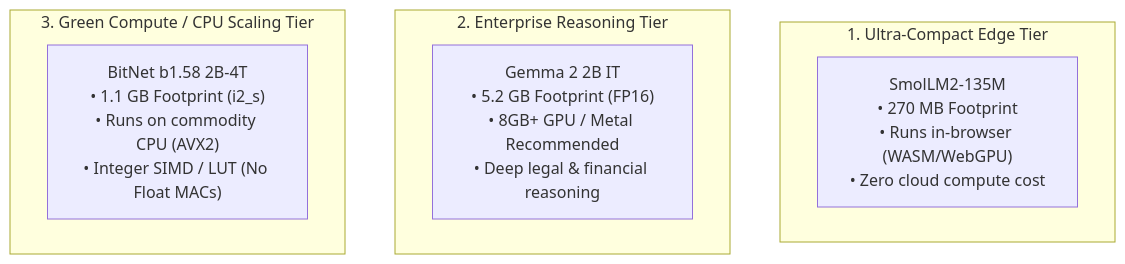
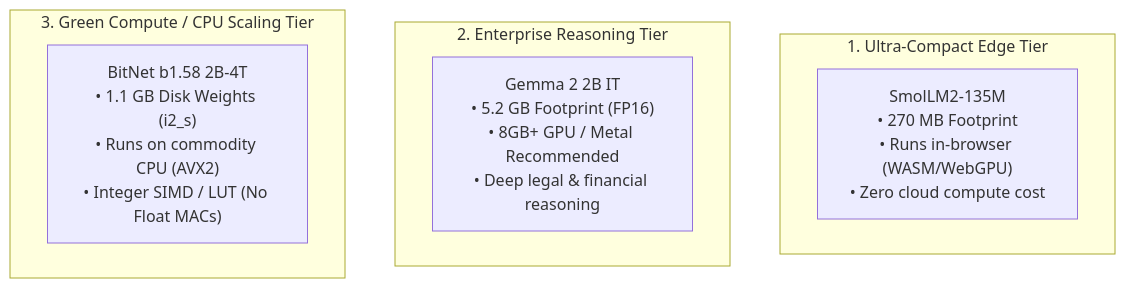
Before and after one commit to knowthankyew/event-driven-ftaas: the diagram in docs/MODEL_PERFORMANCE_COMPARISON.md, drawn with Mermaid. The commit also changed other lines of this file and 24 other files, not shown here.

````diff
--- a/docs/MODEL_PERFORMANCE_COMPARISON.md
+++ b/docs/MODEL_PERFORMANCE_COMPARISON.md
@@ -47,14 +47,14 @@
 ```mermaid
 flowchart TD
     subgraph Edge["1. Ultra-Compact Edge Tier"]
         M1["SmolLM2-135M\n• 270 MB Footprint\n• Runs in-browser (WASM/WebGPU)\n• Zero cloud compute cost"]
     end
 
     subgraph Reasoning["2. Enterprise Reasoning Tier"]
         M2["Gemma 2 2B IT\n• 5.2 GB Footprint (FP16)\n• 8GB+ GPU / Metal Recommended\n• Deep legal & financial reasoning"]
     end
 
     subgraph Ternary["3. Green Compute / CPU Scaling Tier"]
-        M3["BitNet b1.58 2B-4T\n• 1.1 GB Footprint (i2_s)\n• Runs on commodity CPU (AVX2)\n• Integer SIMD / LUT (No Float MACs)"]
+        M3["BitNet b1.58 2B-4T\n• 1.1 GB Disk Weights (i2_s)\n• Runs on commodity CPU (AVX2)\n• Integer SIMD / LUT (No Float MACs)"]
     end
 ```
````
